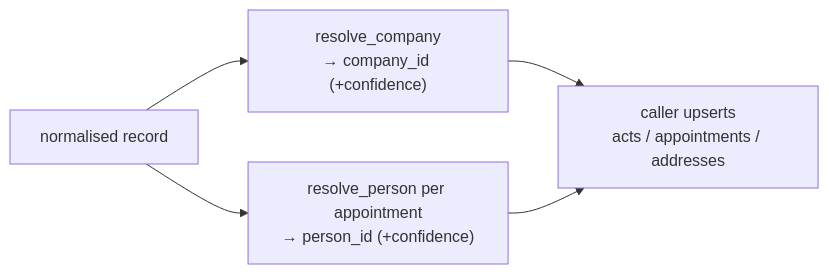
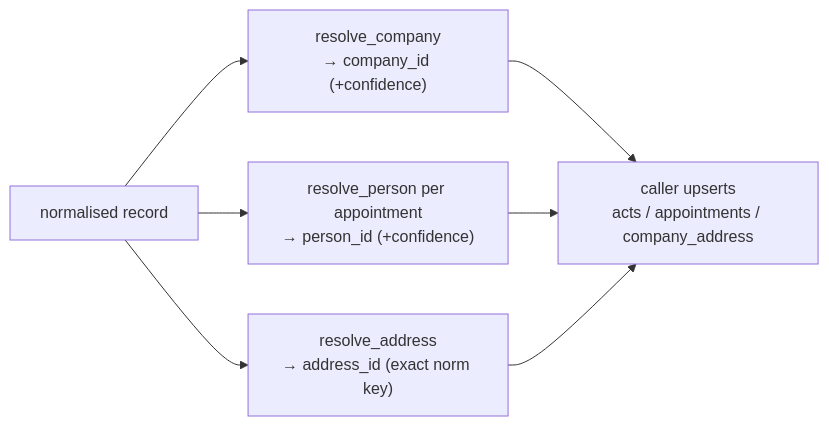
One commit to earelin/mercator changed the diagram in docs/features/entity-resolution.md. Above: the diagram before and after it, drawn with Mermaid. The commit also changed other lines of this file and 7 other files, not shown here.

````diff
--- a/docs/features/entity-resolution.md
+++ b/docs/features/entity-resolution.md
@@ -35,7 +42,9 @@
 ```mermaid
 flowchart LR
     NR["normalised record"] --> RC["resolve_company<br/>→ company_id (+confidence)"]
     NR --> RP["resolve_person per appointment<br/>→ person_id (+confidence)"]
-    RC --> U["caller upserts<br/>acts / appointments / addresses"]
+    NR --> RA["resolve_address<br/>→ address_id (exact norm key)"]
+    RC --> U["caller upserts<br/>acts / appointments / company_address"]
     RP --> U
+    RA --> U
 ```
````
